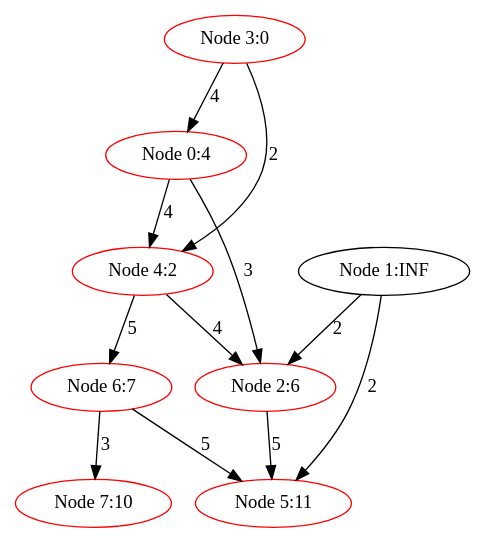
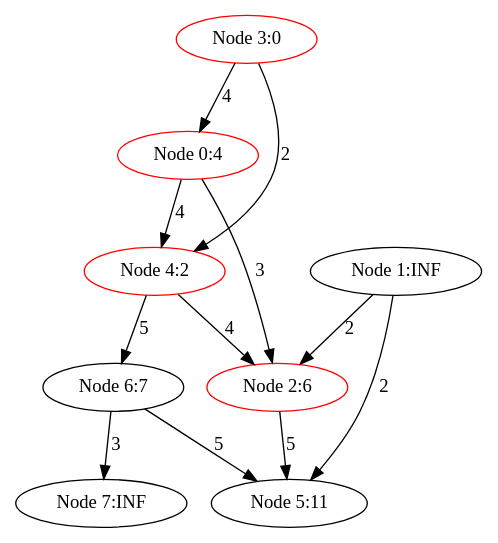
Before and after one commit to sheisc/COMP9024: the diagram in Graphs/Dijkstra/images/DijkstraDirected_0007.dot, drawn with Graphviz. The commit also changed 44 other files, not shown here.

Commit message:
Upate Graphs/Dijkstra

```diff
--- a/Graphs/Dijkstra/images/DijkstraDirected_0007.dot
+++ b/Graphs/Dijkstra/images/DijkstraDirected_0007.dot
@@ -1,21 +1,21 @@
 digraph DijkstraDirected {
 "Node 0:4" -> {"Node 2:6"} [label="3"]
 "Node 0:4" -> {"Node 4:2"} [label="4"]
 "Node 1:INF" -> {"Node 2:6"} [label="2"]
 "Node 1:INF" -> {"Node 5:11"} [label="2"]
 "Node 2:6" -> {"Node 5:11"} [label="5"]
 "Node 3:0" -> {"Node 0:4"} [label="4"]
 "Node 3:0" -> {"Node 4:2"} [label="2"]
 "Node 4:2" -> {"Node 2:6"} [label="4"]
 "Node 4:2" -> {"Node 6:7"} [label="5"]
 "Node 6:7" -> {"Node 5:11"} [label="5"]
-"Node 6:7" -> {"Node 7:10"} [label="3"]
+"Node 6:7" -> {"Node 7:INF"} [label="3"]
 "Node 0:4" [color=red]
 "Node 1:INF"
 "Node 2:6" [color=red]
 "Node 3:0" [color=red]
 "Node 4:2" [color=red]
-"Node 5:11" [color=red]
-"Node 6:7" [color=red]
-"Node 7:10" [color=red]
+"Node 5:11"
+"Node 6:7"
+"Node 7:INF"
 }
```
